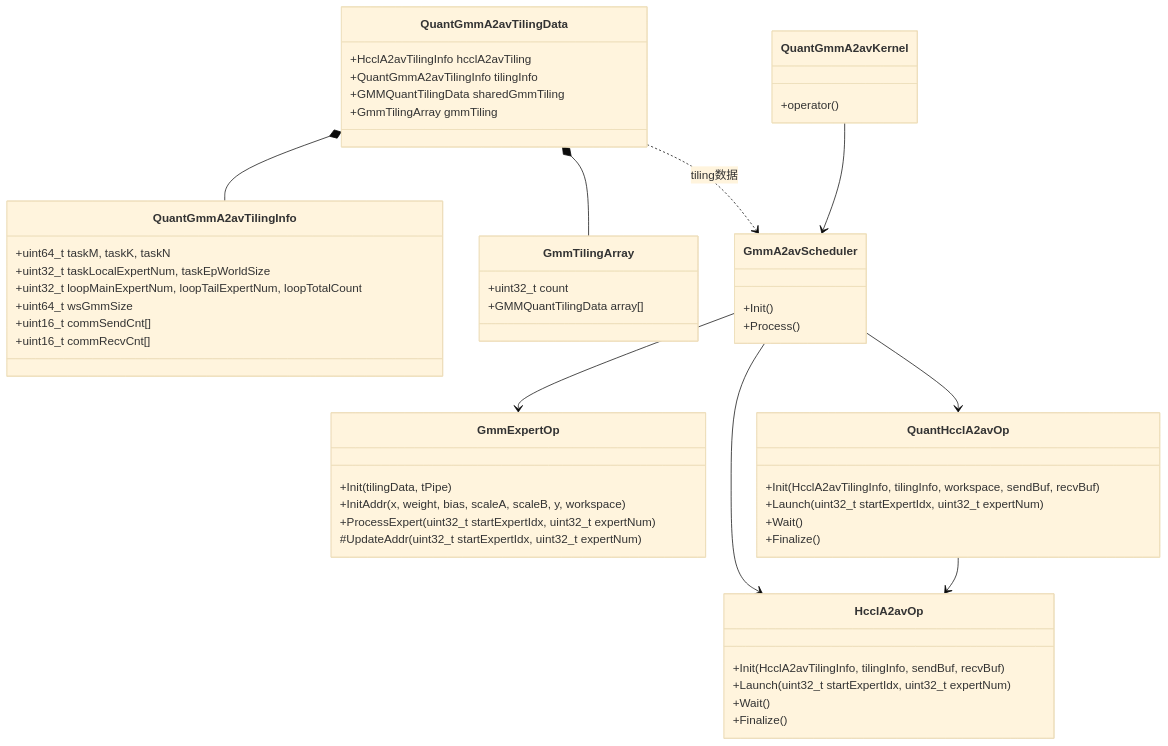
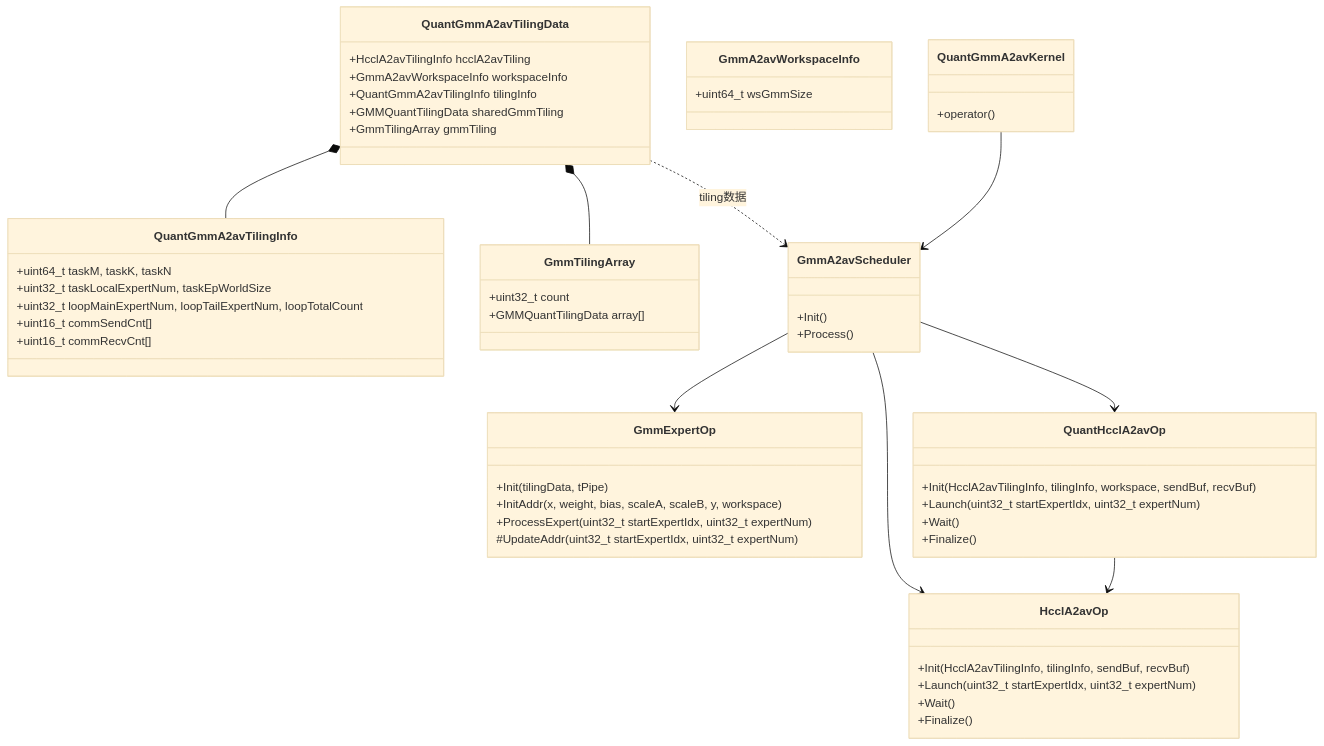
One commit to yuanfang-chen/ops-transformer changed the diagram in mc2/grouped_mat_mul_allto_allv/grouped_mat_mul_allto_allv_quant_design.md. Above: the diagram before and after it, drawn with Mermaid (base theme). The commit also changed other lines of this file and 2 other files, not shown here.

````diff
--- a/mc2/grouped_mat_mul_allto_allv/grouped_mat_mul_allto_allv_quant_design.md
+++ b/mc2/grouped_mat_mul_allto_allv/grouped_mat_mul_allto_allv_quant_design.md
@@ -78,69 +78,73 @@
 ```mermaid
 classDiagram
     direction TB
     
     %% TilingData 结构
     class QuantGmmA2avTilingData {
         +HcclA2avTilingInfo hcclA2avTiling
+        +GmmA2avWorkspaceInfo workspaceInfo
         +QuantGmmA2avTilingInfo tilingInfo
         +GMMQuantTilingData sharedGmmTiling
         +GmmTilingArray gmmTiling
     }
-    
+
+    class GmmA2avWorkspaceInfo {
+        +uint64_t wsGmmSize
+    }
+
     class QuantGmmA2avTilingInfo {
         +uint64_t taskM, taskK, taskN
         +uint32_t taskLocalExpertNum, taskEpWorldSize
         +uint32_t loopMainExpertNum, loopTailExpertNum, loopTotalCount
-        +uint64_t wsGmmSize
         +uint16_t commSendCnt[]
         +uint16_t commRecvCnt[]
     }
-    
+
     class GmmTilingArray {
         +uint32_t count
         +GMMQuantTilingData array[]
     }
     
     %% 核心操作类
     class QuantGmmA2avKernel {
         +operator()
     }
     
     class GmmA2avScheduler {
         +Init()
         +Process()
     }
     
     class GmmExpertOp {
         +Init(tilingData, tPipe)
         +InitAddr(x, weight, bias, scaleA, scaleB, y, workspace)
         +ProcessExpert(uint32_t startExpertIdx, uint32_t expertNum)
         #UpdateAddr(uint32_t startExpertIdx, uint32_t expertNum)
     }
     
     class HcclA2avOp {
         +Init(HcclA2avTilingInfo, tilingInfo, sendBuf, recvBuf)
         +Launch(uint32_t startExpertIdx, uint32_t expertNum)
         +Wait()
         +Finalize()
     }
     
     class QuantHcclA2avOp {
         +Init(HcclA2avTilingInfo, tilingInfo, workspace, sendBuf, recvBuf)
         +Launch(uint32_t startExpertIdx, uint32_t expertNum)
         +Wait()
         +Finalize()
     }
     
     %% TilingData 组合关系
     QuantGmmA2avTilingData *-- QuantGmmA2avTilingInfo
     QuantGmmA2avTilingData *-- GmmTilingArray
     
     %% 操作类关系
     QuantGmmA2avKernel --> GmmA2avScheduler
     GmmA2avScheduler --> GmmExpertOp
     GmmA2avScheduler --> HcclA2avOp
     GmmA2avScheduler --> QuantHcclA2avOp
     QuantHcclA2avOp --> HcclA2avOp
     QuantGmmA2avTilingData ..> GmmA2avScheduler : tiling数据
 ```
````
